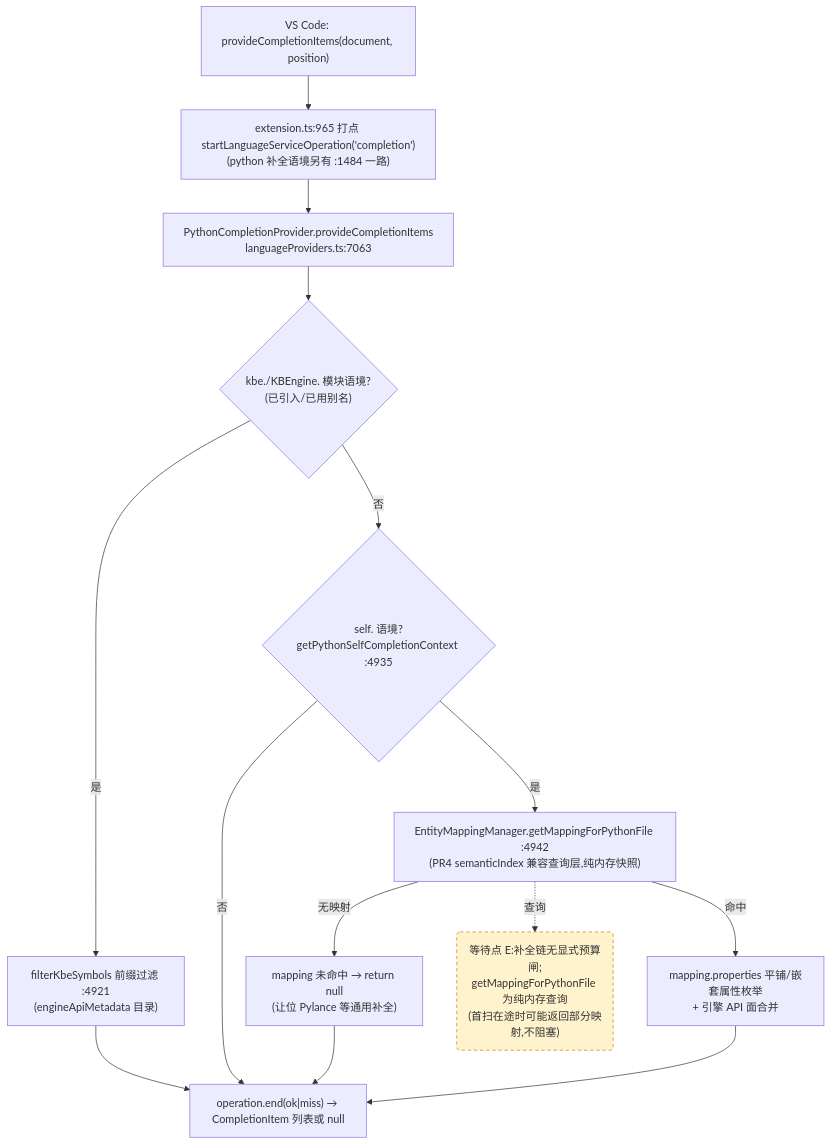
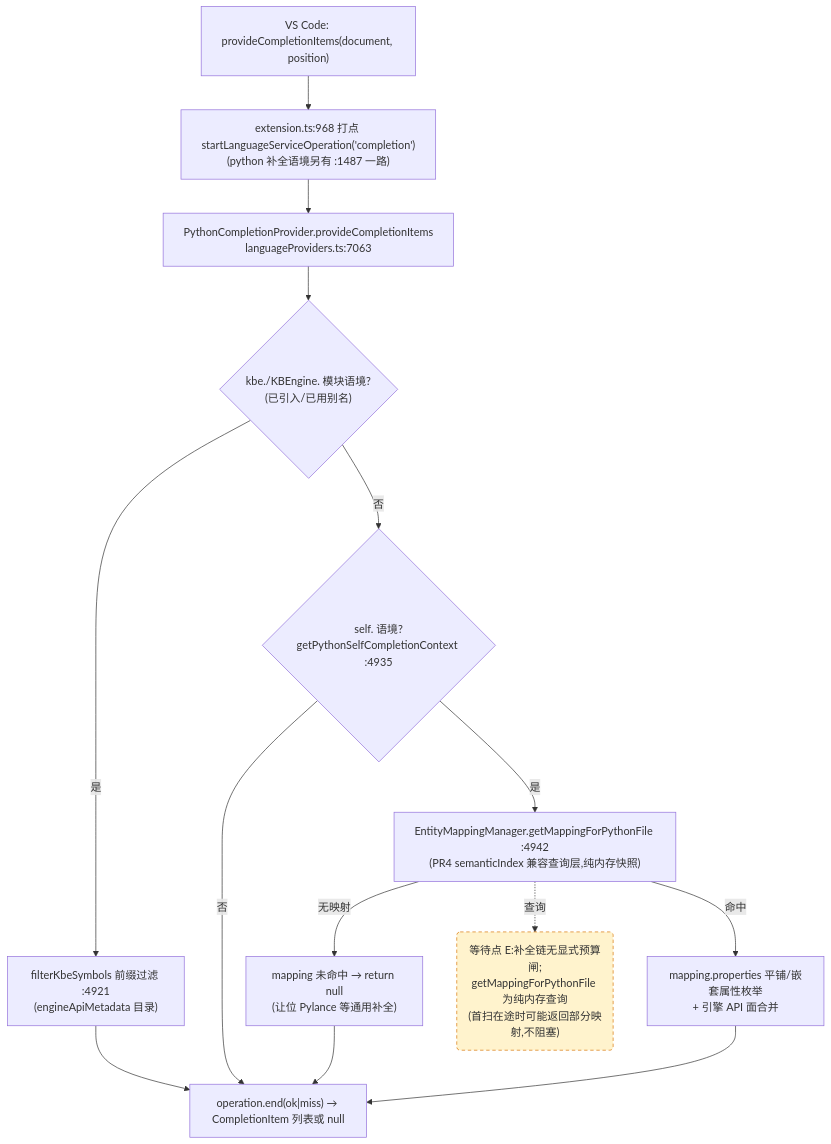
The third of 4 diagrams in docs/perf/2026-baseline.md (cuihairu/kode), drawn with Mermaid before and after one commit. The commit also changed other lines of this file and 22 other files, not shown here.

````diff
--- a/docs/perf/2026-baseline.md
+++ b/docs/perf/2026-baseline.md
@@ -184,27 +184,27 @@
 ```mermaid
 flowchart TD
   VC3["VS Code: provideCompletionItems(document, position)"]
-  M3["extension.ts:965 打点 startLanguageServiceOperation('completion')<br/>(python 补全语境另有 :1484 一路)"]
+  M3["extension.ts:968 打点 startLanguageServiceOperation('completion')<br/>(python 补全语境另有 :1487 一路)"]
   CP["PythonCompletionProvider.provideCompletionItems<br/>languageProviders.ts:7063"]
   KBEC{"kbe./KBEngine. 模块语境?<br/>(已引入/已用别名)"}
   FILTER["filterKbeSymbols 前缀过滤 :4921<br/>(engineApiMetadata 目录)"]
   SELFC{"self. 语境?<br/>getPythonSelfCompletionContext :4935"}
   MAP["EntityMappingManager.getMappingForPythonFile :4942<br/>(PR4 semanticIndex 兼容查询层,纯内存快照)"]
   NOMAP["mapping 未命中 → return null<br/>(让位 Pylance 等通用补全)"]
   PROPS["mapping.properties 平铺/嵌套属性枚举<br/>+ 引擎 API 面合并"]
   END3["operation.end(ok|miss) → CompletionItem 列表或 null"]
 
   VC3 --> M3 --> CP --> KBEC
   KBEC -- "是" --> FILTER --> END3
   KBEC -- "否" --> SELFC
   SELFC -- "否" --> END3
   SELFC -- "是" --> MAP
   MAP -- "无映射" --> NOMAP --> END3
   MAP -- "命中" --> PROPS --> END3
 
   WAITE("等待点 E:补全链无显式预算闸;<br/>getMappingForPythonFile 为纯内存查询<br/>(首扫在途时可能返回部分映射,不阻塞)")
   MAP -.->|查询| WAITE
 
   classDef waitPoint fill:#fff3cd,stroke:#d97706,stroke-dasharray:5 4;
   class WAITE waitPoint;
 ```
````
